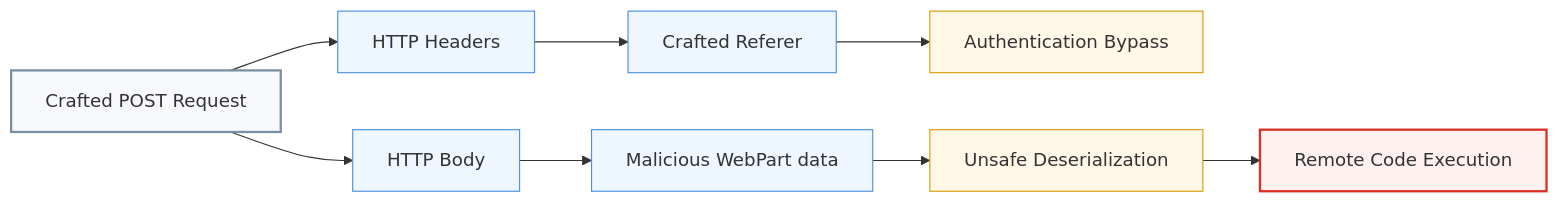
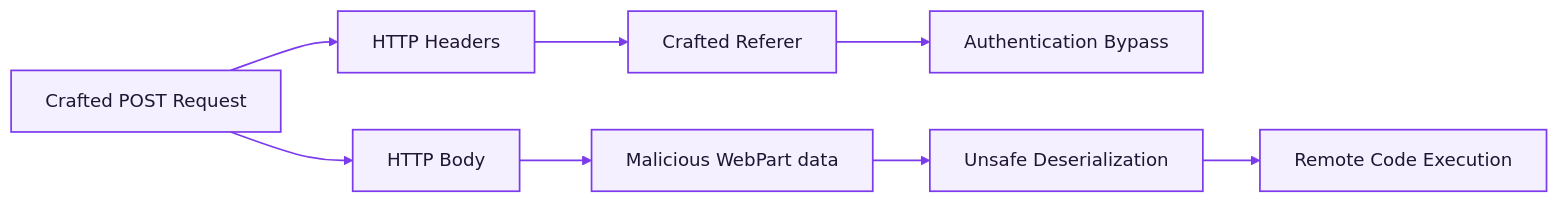
Before and after one commit to Yasserkdr1/Soc-Investigation-Writeups: the fourth of 6 diagrams in writeups/SOC342-sharepoint-toolshell-rce/README.md, drawn with Mermaid. The commit also changed other lines of this file, not shown here.

````diff
--- a/writeups/SOC342-sharepoint-toolshell-rce/README.md
+++ b/writeups/SOC342-sharepoint-toolshell-rce/README.md
@@ -265,22 +200,16 @@
 ```mermaid
 flowchart LR
     A["Crafted POST Request"]
 
     A --> H["HTTP Headers"]
     H --> R["Crafted Referer"]
     R --> B["Authentication Bypass"]
 
     A --> P["HTTP Body"]
     P --> W["Malicious WebPart data"]
     W --> U["Unsafe Deserialization"]
     U --> X["Remote Code Execution"]
 
-    style A fill:#f7f9fc,stroke:#7b8fa3,stroke-width:2px
-    style H fill:#eef6ff,stroke:#4a90e2
-    style R fill:#eef6ff,stroke:#4a90e2
-    style B fill:#fff8e6,stroke:#d89b00
-    style P fill:#eef6ff,stroke:#4a90e2
-    style W fill:#eef6ff,stroke:#4a90e2
-    style U fill:#fff8e6,stroke:#d89b00
-    style X fill:#fff1f0,stroke:#d93025,stroke-width:2px
+    classDef default fill:#f5f0ff,stroke:#7c3aed,color:#1f1633,stroke-width:1.5px;
+    linkStyle default stroke:#7c3aed,stroke-width:1.5px;
 ```
````
